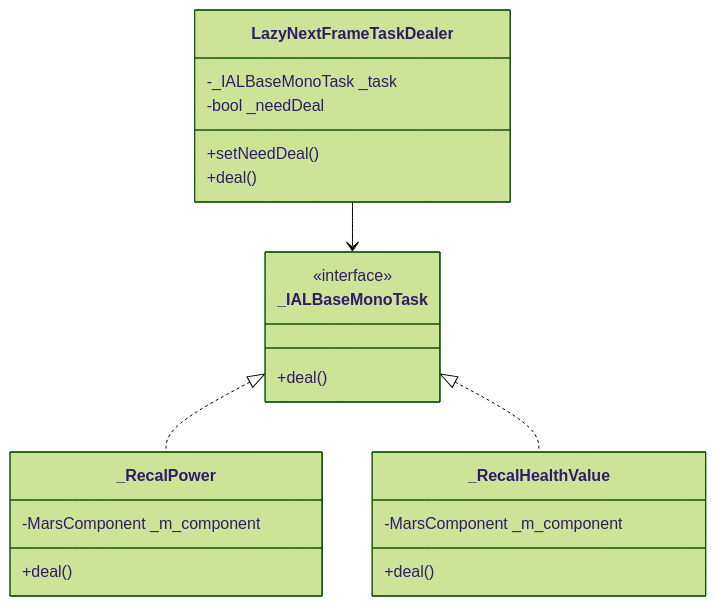
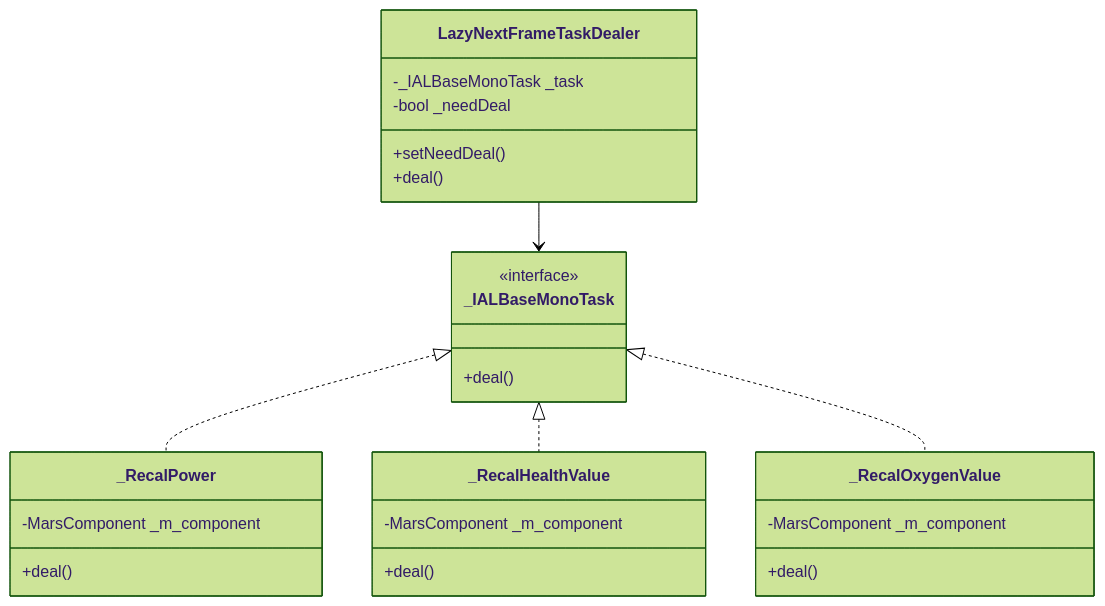
One commit to Alan-Ben/k2c_game_framework changed the fourth of 6 diagrams in docs/Module_Mars/03_客户端开发.md. Above: the diagram before and after it, drawn with Mermaid (forest theme). The commit also changed other lines of this file and 6 other files, not shown here.

````diff
--- a/docs/Module_Mars/03_客户端开发.md
+++ b/docs/Module_Mars/03_客户端开发.md
@@ -440,28 +520,34 @@
 ```mermaid
 classDiagram
     class LazyNextFrameTaskDealer {
         -_IALBaseMonoTask _task
         -bool _needDeal
         +setNeedDeal()
         +deal()
     }
 
     class _IALBaseMonoTask {
         <<interface>>
         +deal()
     }
 
     class _RecalPower {
         -MarsComponent _m_component
         +deal()
     }
 
     class _RecalHealthValue {
         -MarsComponent _m_component
         +deal()
     }
 
+    class _RecalOxygenValue {
+        -MarsComponent _m_component
+        +deal()
+    }
+
     LazyNextFrameTaskDealer --> _IALBaseMonoTask
     _IALBaseMonoTask <|.. _RecalPower
     _IALBaseMonoTask <|.. _RecalHealthValue
+    _IALBaseMonoTask <|.. _RecalOxygenValue
 ```
````
